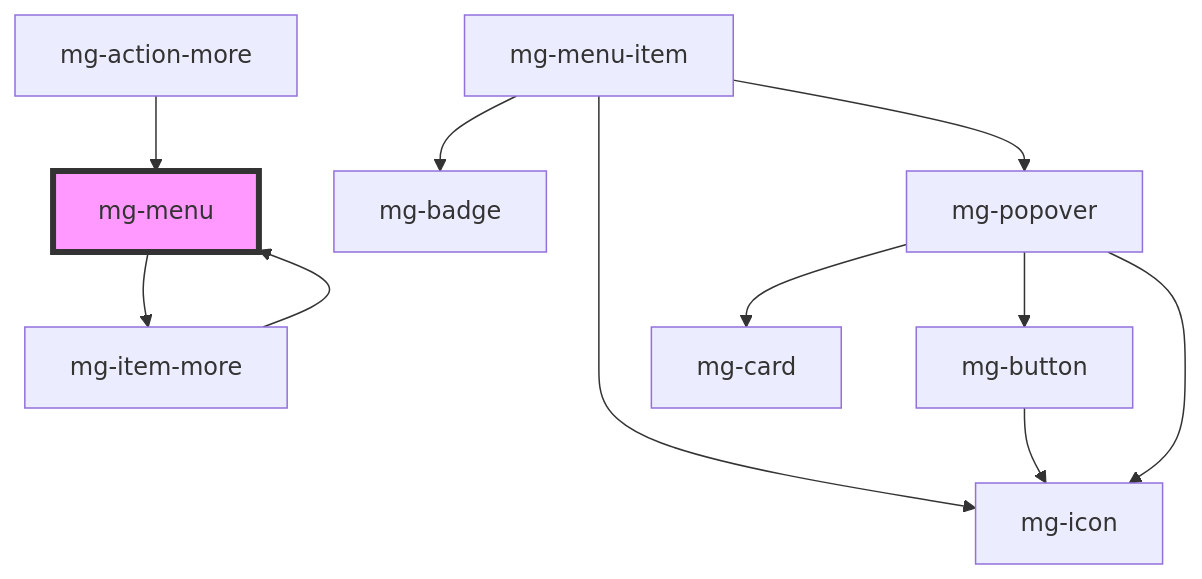
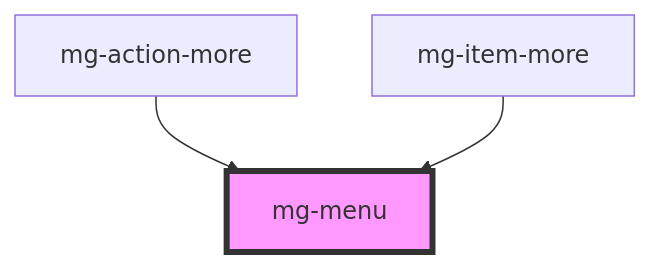
One commit to MGDIS/mg-components changed the diagram in src/components/molecules/menu/mg-menu/readme.md. Above: the diagram before and after it, drawn with Mermaid. The commit also changed other lines of this file and 13 other files, not shown here.

First line of the commit message:
feat(mgMenuItemMore): fix circular dependencies and manage parent menu size

````diff
--- a/src/components/molecules/menu/mg-menu/readme.md
+++ b/src/components/molecules/menu/mg-menu/readme.md
@@ -152,14 +148,6 @@
 ```mermaid
 graph TD;
-  mg-menu --> mg-item-more
+  mg-action-more --> mg-menu
   mg-item-more --> mg-menu
-  mg-menu-item --> mg-badge
-  mg-menu-item --> mg-icon
-  mg-menu-item --> mg-popover
-  mg-popover --> mg-card
-  mg-popover --> mg-button
-  mg-popover --> mg-icon
-  mg-button --> mg-icon
-  mg-action-more --> mg-menu
   style mg-menu fill:#f9f,stroke:#333,stroke-width:4px
 ```
````
